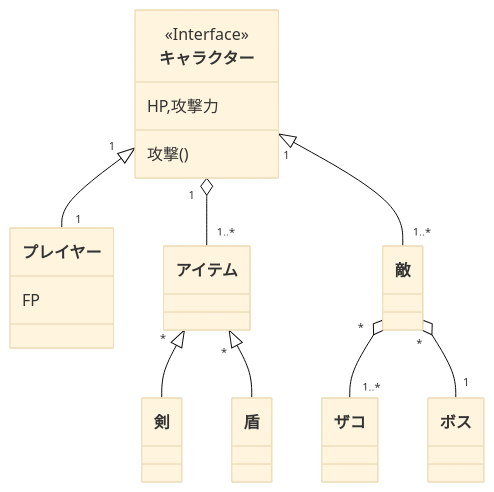
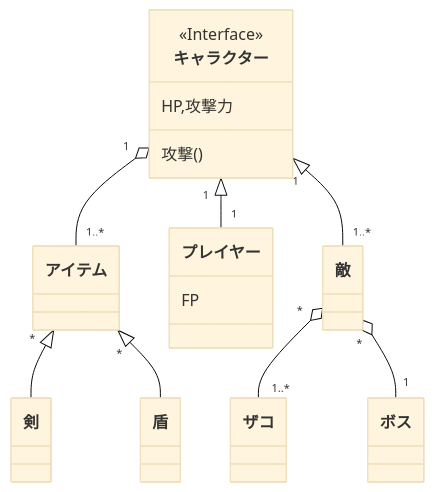
One commit to tpu-game-2023/mermaid_test changed the third of 3 diagrams in README.md. Above: the diagram before and after it, drawn with Mermaid (base theme).

````diff
--- a/README.md
+++ b/README.md
@@ -69,16 +69,16 @@
 ```mermaid
 classDiagram
 direction TD
 class キャラクター
    <<Interface>> キャラクター
     キャラクター: HP,攻撃力
-    キャラクター: 攻撃()
-    プレイヤー : FP
+    キャラクター: 攻撃()  
     キャラクター "1" o-- "1..*" アイテム
     アイテム "*" <|-- 剣
     アイテム "*" <|-- 盾
+    プレイヤー : FP
     キャラクター "1" <|-- "1" プレイヤー
     キャラクター "1" <|-- "1..*" 敵
     敵 "*" o-- "1..*" ザコ
     敵 "*" o-- "1" ボス
 ```
````
